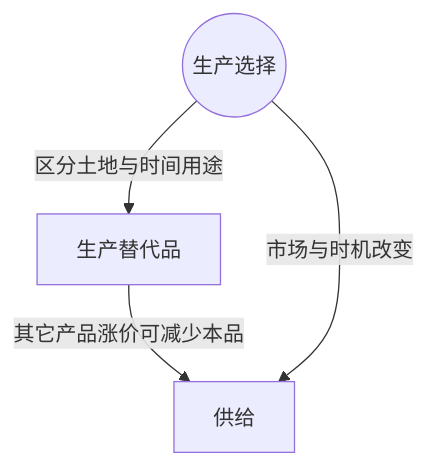
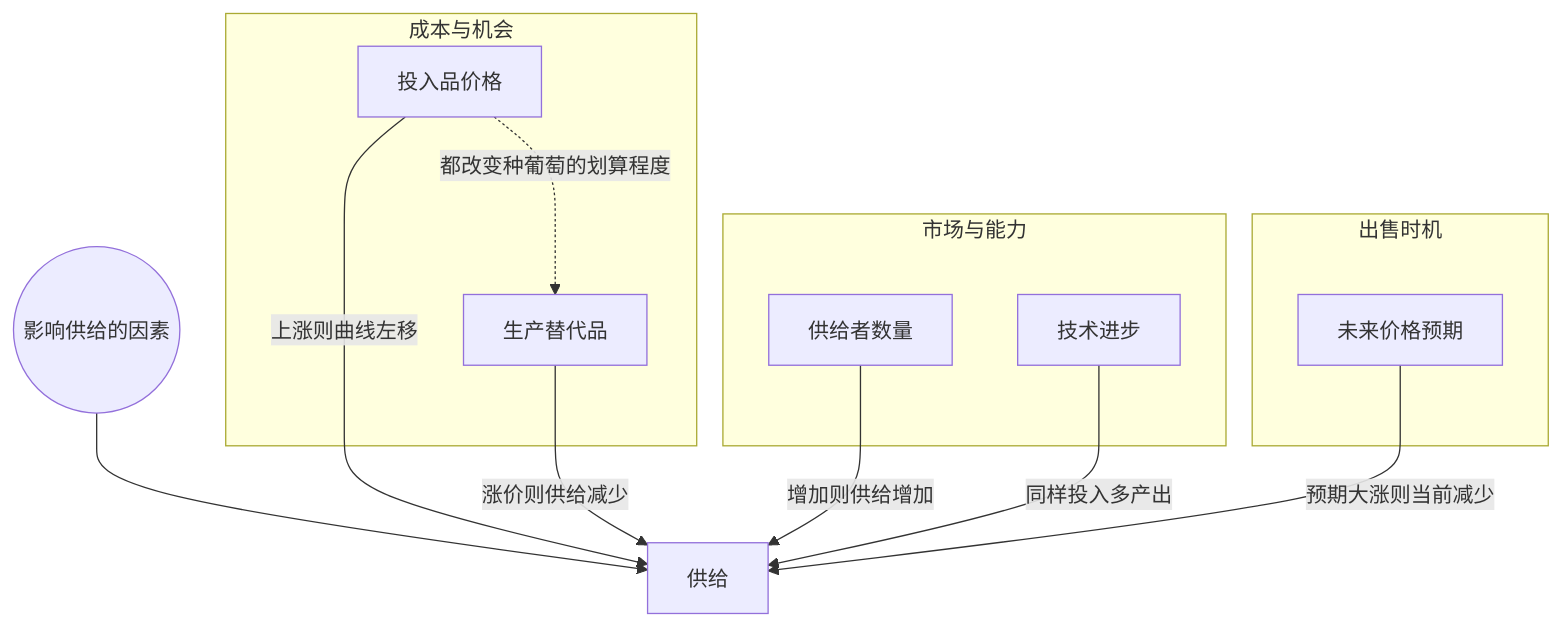
Before and after one commit to lucky-Luor/bilibili-douyin-notes: the diagram in examples/可汗微观经济学-前15集/notes/014-第14讲 影响供给的各种因素.md, drawn with Mermaid. The commit also changed other lines of this file and 18 other files, not shown here.

````diff
--- a/examples/可汗微观经济学-前15集/notes/014-第14讲 影响供给的各种因素.md
+++ b/examples/可汗微观经济学-前15集/notes/014-第14讲 影响供给的各种因素.md
@@ -40,6 +95,23 @@
 ```mermaid
 graph TD
-  R((生产选择)) -->|区分土地与时间用途| P[生产替代品]
-  P -->|其它产品涨价可减少本品| S[供给]
-  R -->|市场与时机改变| S
+  R((影响供给的因素))
+  subgraph 成本与机会
+    IP[投入品价格]
+    PS[生产替代品]
+  end
+  subgraph 市场与能力
+    NS[供给者数量]
+    TI[技术进步]
+  end
+  subgraph 出售时机
+    EF[未来价格预期]
+  end
+  S[供给]
+  R --> S
+  IP -->|上涨则曲线左移| S
+  PS -->|涨价则供给减少| S
+  NS -->|增加则供给增加| S
+  TI -->|同样投入多产出| S
+  EF -->|预期大涨则当前减少| S
+  IP -.->|都改变种葡萄的划算程度| PS
 ```
````
